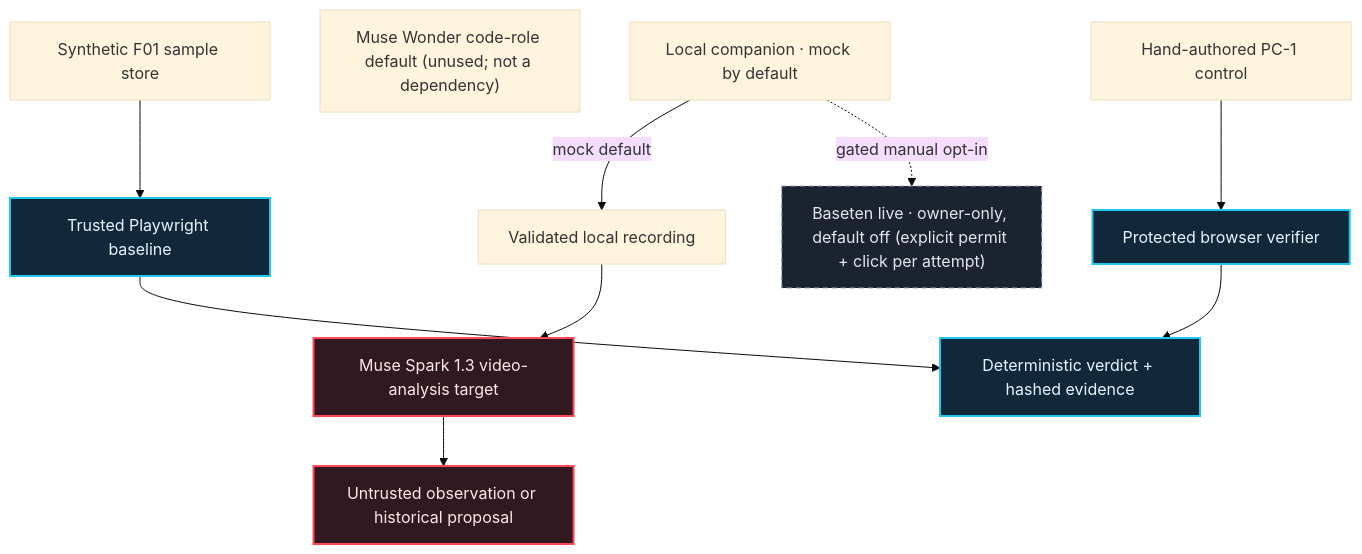
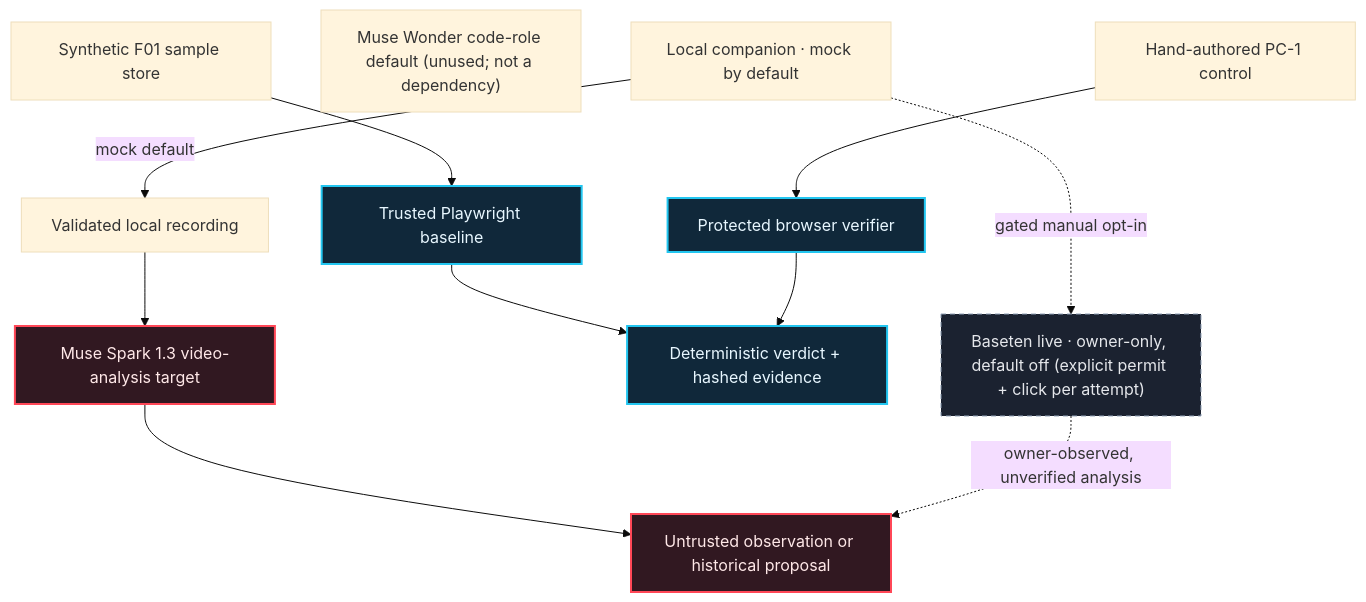
One commit to mrdzyn/proofpilot-ai changed the diagram in README.md. Above: the diagram before and after it, drawn with Mermaid (base theme). The commit also changed other lines of this file, not shown here.

````diff
--- a/README.md
+++ b/README.md
@@ -73,27 +103,28 @@
 ```mermaid
 flowchart TB
     F["Synthetic F01 sample store"]
     O["Trusted Playwright baseline"]
     V["Validated local recording"]
     S["Muse Spark 1.3 video-analysis target"]
     H["Untrusted observation or historical proposal"]
     W["Muse Wonder code-role default (unused; not a dependency)"]
     C["Hand-authored PC-1 control"]
     R["Protected browser verifier"]
     E["Deterministic verdict + hashed evidence"]
     L["Local companion · mock by default"]
     B["Baseten live · owner-only, default off (explicit permit + click per attempt)"]
 
     F --> O --> E
     V --> S --> H
     C --> R --> E
     L -->|"mock default"| V
     L -. "gated manual opt-in" .-> B
+    B -. "owner-observed, unverified analysis" .-> H
 
     classDef trusted fill:#10283a,color:#e8f7ff,stroke:#22c6f0,stroke-width:2px
     classDef untrusted fill:#311821,color:#ffe8e8,stroke:#ff4757,stroke-width:2px
     classDef gated fill:#1b2230,color:#e5e7eb,stroke:#94a3b8,stroke-dasharray:5 4
     class O,R,E trusted
     class S,H untrusted
     class B gated
 ```
````
